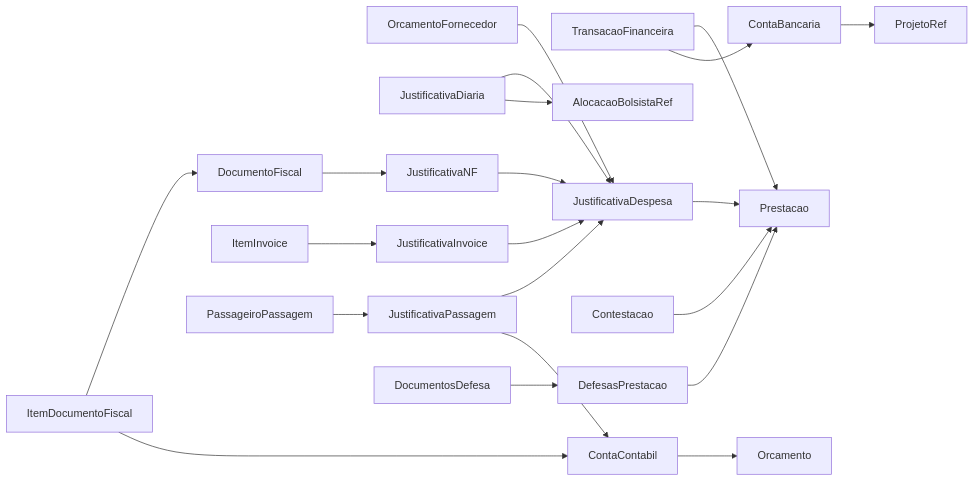
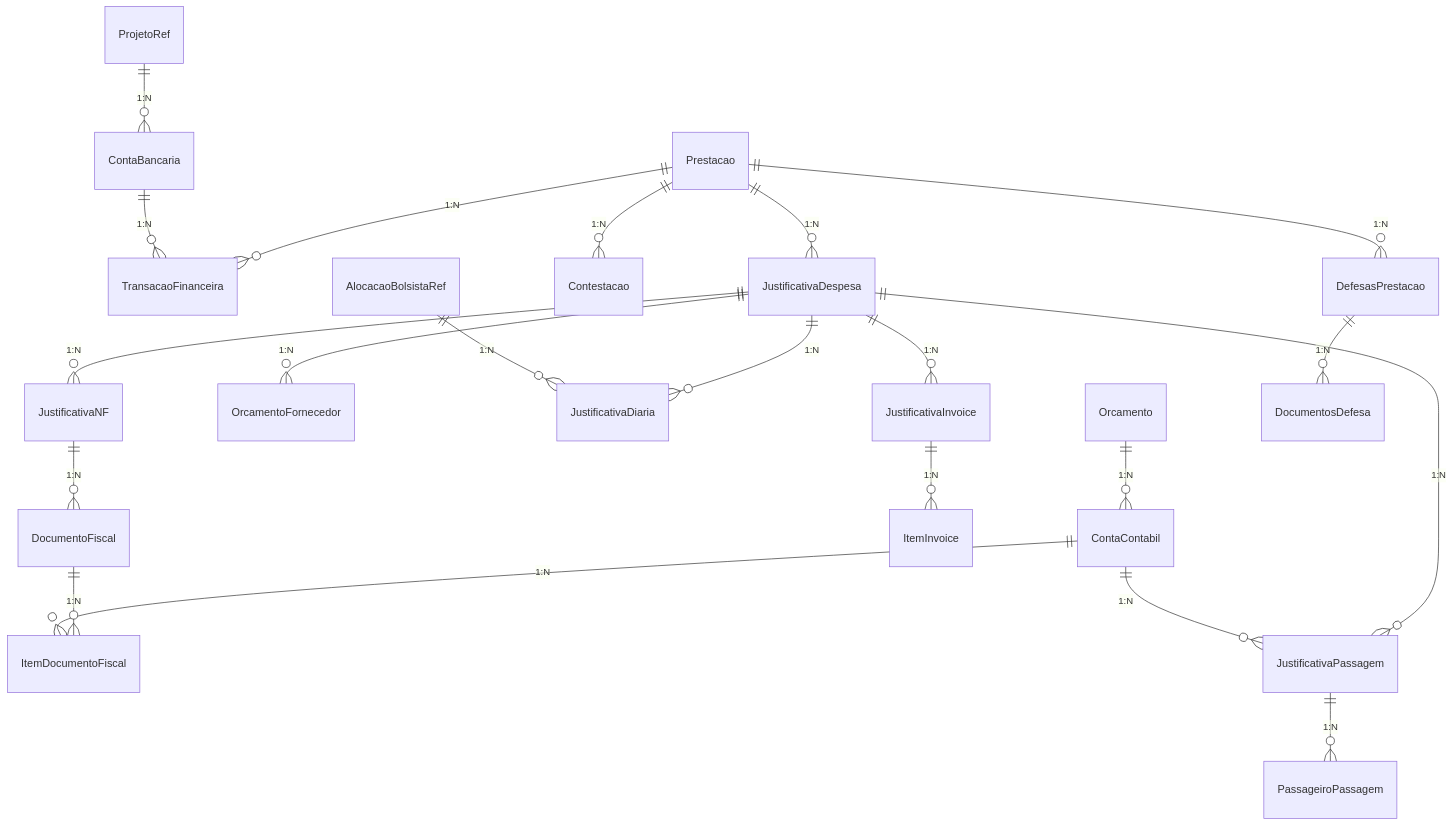
Diagram 13 of 13 in docs-new/banco-de-dados/_diagramas.md (Czzped/conecta-fapes-teste), drawn with Mermaid before and after one commit. The commit also changed other lines of this file, not shown here.

Commit message:
docs: adiciona cardinalidades (notacao ER pe-de-galinha) aos diagramas do dominio

````diff
--- a/docs-new/banco-de-dados/_diagramas.md
+++ b/docs-new/banco-de-dados/_diagramas.md
@@ -342,44 +446,63 @@
 ```mermaid
-flowchart LR
-  Prestacao
-  TransacaoFinanceira
-  DocumentoFiscal
-  ItemDocumentoFiscal
-  ItemInvoice
-  Orcamento
-  OrcamentoFornecedor
-  JustificativaDespesa
-  JustificativaDiaria
-  JustificativaInvoice
-  JustificativaNF
-  JustificativaPassagem
-  PassageiroPassagem
-  ContaBancaria
-  ContaContabil
-  Contestacao
-  DefesasPrestacao
-  DocumentosDefesa
-  AlocacaoBolsistaRef
-  ProjetoRef
-  ContaBancaria --> ProjetoRef
-  ContaContabil --> Orcamento
-  Contestacao --> Prestacao
-  DefesasPrestacao --> Prestacao
-  DocumentoFiscal --> JustificativaNF
-  DocumentosDefesa --> DefesasPrestacao
-  ItemDocumentoFiscal --> ContaContabil
-  ItemDocumentoFiscal --> DocumentoFiscal
-  ItemInvoice --> JustificativaInvoice
-  JustificativaDespesa --> Prestacao
-  JustificativaDiaria --> AlocacaoBolsistaRef
-  JustificativaDiaria --> JustificativaDespesa
-  JustificativaInvoice --> JustificativaDespesa
-  JustificativaNF --> JustificativaDespesa
-  JustificativaPassagem --> ContaContabil
-  JustificativaPassagem --> JustificativaDespesa
-  OrcamentoFornecedor --> JustificativaDespesa
-  PassageiroPassagem --> JustificativaPassagem
-  TransacaoFinanceira --> ContaBancaria
-  TransacaoFinanceira --> Prestacao
-  classDef ext fill:#eee,stroke:#999,color:#333,stroke-dasharray:3 3;
+erDiagram
+  Prestacao {
+  }
+  TransacaoFinanceira {
+  }
+  DocumentoFiscal {
+  }
+  ItemDocumentoFiscal {
+  }
+  ItemInvoice {
+  }
+  Orcamento {
+  }
+  OrcamentoFornecedor {
+  }
+  JustificativaDespesa {
+  }
+  JustificativaDiaria {
+  }
+  JustificativaInvoice {
+  }
+  JustificativaNF {
+  }
+  JustificativaPassagem {
+  }
+  PassageiroPassagem {
+  }
+  ContaBancaria {
+  }
+  ContaContabil {
+  }
+  Contestacao {
+  }
+  DefesasPrestacao {
+  }
+  DocumentosDefesa {
+  }
+  AlocacaoBolsistaRef {
+  }
+  ProjetoRef {
+  }
+  AlocacaoBolsistaRef ||--o{ JustificativaDiaria : "1:N"
+  ContaBancaria ||--o{ TransacaoFinanceira : "1:N"
+  ContaContabil ||--o{ ItemDocumentoFiscal : "1:N"
+  ContaContabil ||--o{ JustificativaPassagem : "1:N"
+  DefesasPrestacao ||--o{ DocumentosDefesa : "1:N"
+  DocumentoFiscal ||--o{ ItemDocumentoFiscal : "1:N"
+  JustificativaDespesa ||--o{ JustificativaDiaria : "1:N"
+  JustificativaDespesa ||--o{ JustificativaInvoice : "1:N"
+  JustificativaDespesa ||--o{ JustificativaNF : "1:N"
+  JustificativaDespesa ||--o{ JustificativaPassagem : "1:N"
+  JustificativaDespesa ||--o{ OrcamentoFornecedor : "1:N"
+  JustificativaInvoice ||--o{ ItemInvoice : "1:N"
+  JustificativaNF ||--o{ DocumentoFiscal : "1:N"
+  JustificativaPassagem ||--o{ PassageiroPassagem : "1:N"
+  Orcamento ||--o{ ContaContabil : "1:N"
+  Prestacao ||--o{ Contestacao : "1:N"
+  Prestacao ||--o{ DefesasPrestacao : "1:N"
+  Prestacao ||--o{ JustificativaDespesa : "1:N"
+  Prestacao ||--o{ TransacaoFinanceira : "1:N"
+  ProjetoRef ||--o{ ContaBancaria : "1:N"
 ```
````
